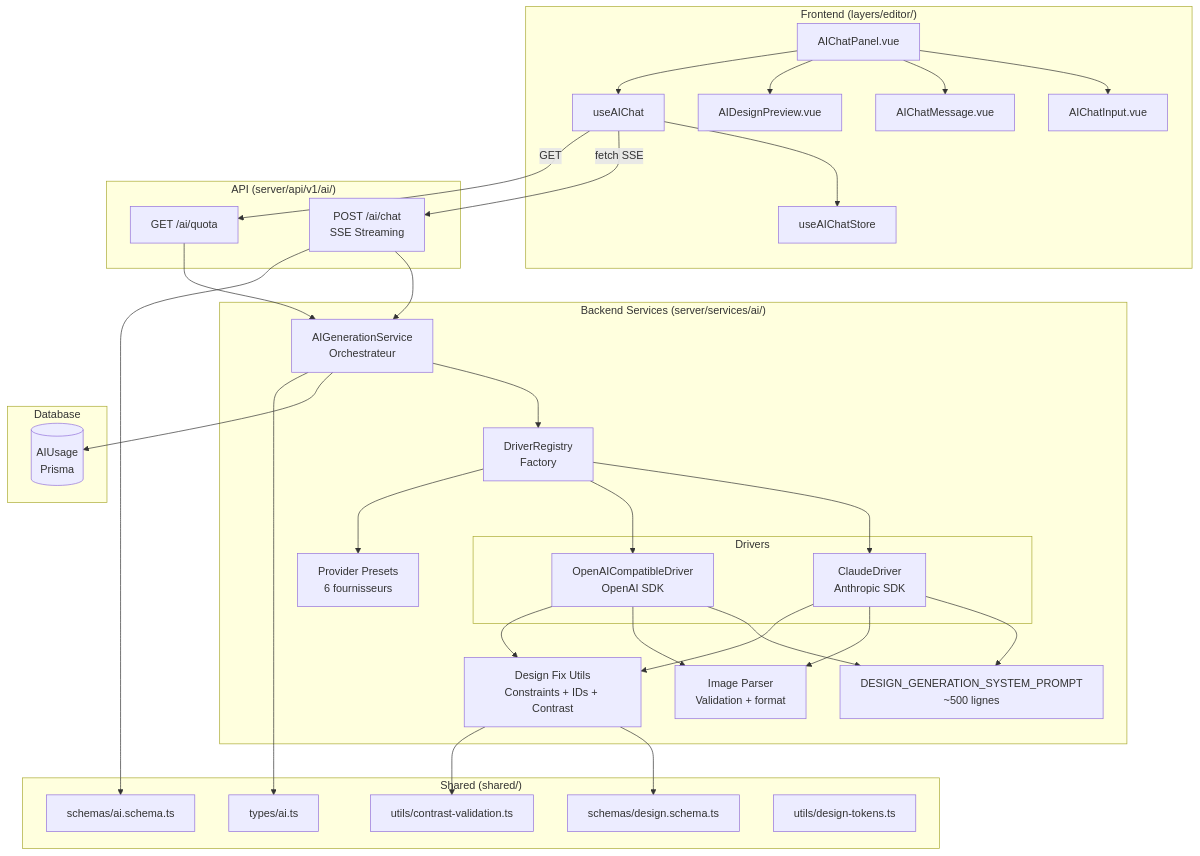
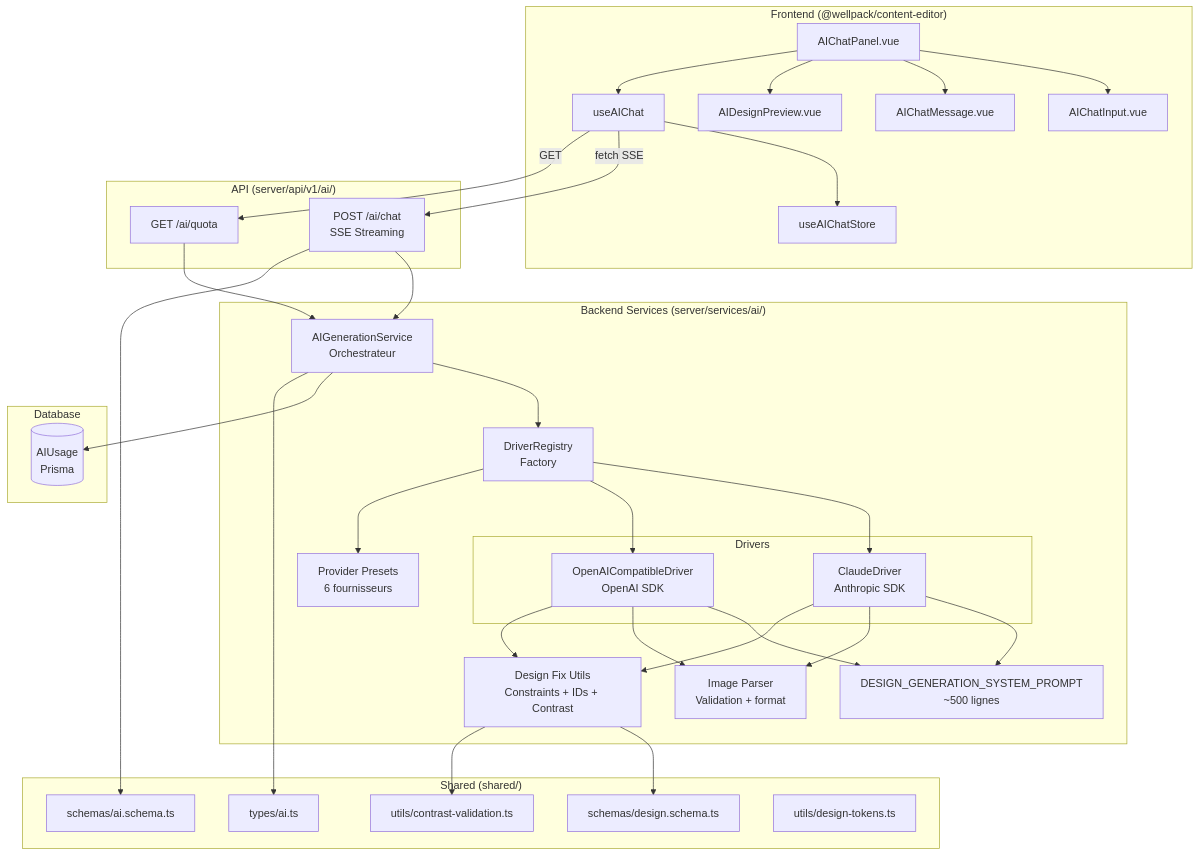
Before and after one commit to KiVeR/w-platform: the first of 4 diagrams in AI-ARCHITECTURE.md, drawn with Mermaid. The commit also changed other lines of this file and 4 other files, not shown here.

````diff
--- a/AI-ARCHITECTURE.md
+++ b/AI-ARCHITECTURE.md
@@ -64,69 +68,69 @@
 ```mermaid
 graph TB
-    subgraph "Frontend (layers/editor/)"
+    subgraph "Frontend (@wellpack/content-editor)"
         UI[AIChatPanel.vue]
         Input[AIChatInput.vue]
         Msg[AIChatMessage.vue]
         Preview[AIDesignPreview.vue]
         Store[useAIChatStore]
         Comp[useAIChat]
 
         UI --> Input
         UI --> Msg
         UI --> Preview
         Comp --> Store
         UI --> Comp
     end
 
     subgraph "API (server/api/v1/ai/)"
         Chat[POST /ai/chat<br/>SSE Streaming]
         Quota[GET /ai/quota]
     end
 
     subgraph "Backend Services (server/services/ai/)"
         GenService[AIGenerationService<br/>Orchestrateur]
         Registry[DriverRegistry<br/>Factory]
 
         subgraph Drivers
             Claude[ClaudeDriver<br/>Anthropic SDK]
             OpenAI[OpenAICompatibleDriver<br/>OpenAI SDK]
         end
 
         Presets[Provider Presets<br/>6 fournisseurs]
         Prompt[DESIGN_GENERATION_SYSTEM_PROMPT<br/>~500 lignes]
         ImageParser[Image Parser<br/>Validation + format]
         DesignFix[Design Fix Utils<br/>Constraints + IDs + Contrast]
     end
 
     subgraph "Shared (shared/)"
         Types[types/ai.ts]
         Schemas[schemas/ai.schema.ts]
         DesignSchema[schemas/design.schema.ts]
         Contrast[utils/contrast-validation.ts]
         Tokens[utils/design-tokens.ts]
     end
 
     subgraph "Database"
         DB[(AIUsage<br/>Prisma)]
     end
 
     Comp -->|fetch SSE| Chat
     Comp -->|GET| Quota
     Chat --> GenService
     Quota --> GenService
     GenService --> Registry
     Registry --> Claude
     Registry --> OpenAI
     Registry --> Presets
     Claude --> Prompt
     OpenAI --> Prompt
     Claude --> ImageParser
     OpenAI --> ImageParser
     Claude --> DesignFix
     OpenAI --> DesignFix
     DesignFix --> DesignSchema
     DesignFix --> Contrast
     GenService --> DB
     Chat --> Schemas
     GenService --> Types
 ```
````
